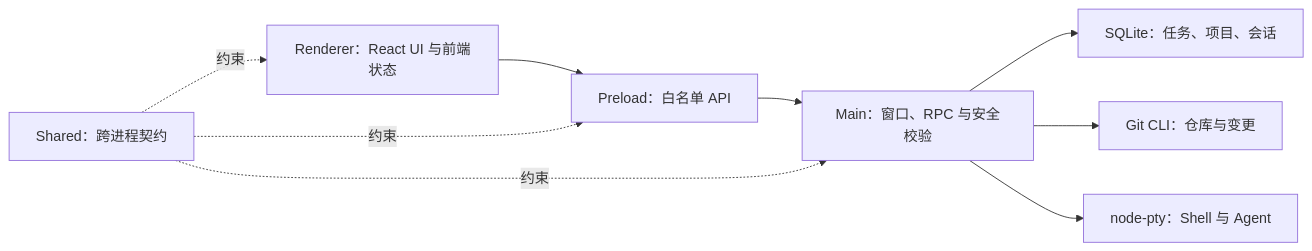
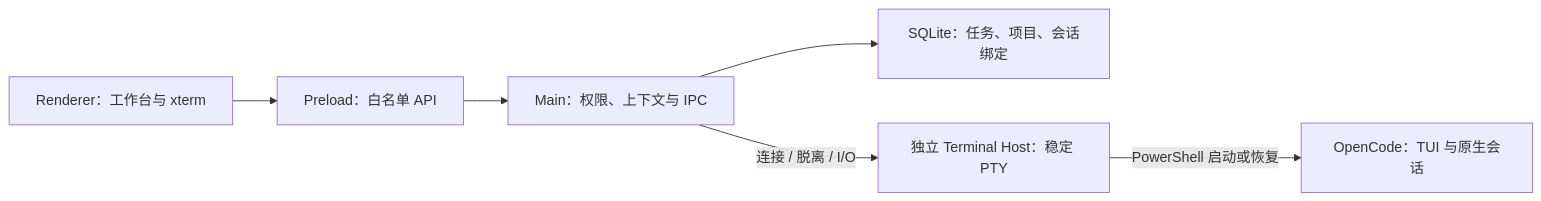
Before and after one commit to Tudou77826/DevStation: the diagram in docs/STATUS.md, drawn with Mermaid. The commit also changed other lines of this file and 42 other files, not shown here.

Commit message:
完成 M3 OpenCode 终端闭环与稳定性收口

````diff
--- a/docs/STATUS.md
+++ b/docs/STATUS.md
@@ -34,18 +34,14 @@
 ```mermaid
 flowchart LR
-    UI["Renderer：React UI 与前端状态"]
-    Bridge["Preload：白名单 API"]
-    Main["Main：窗口、RPC 与安全校验"]
-    DB["SQLite：任务、项目、会话"]
-    Git["Git CLI：仓库与变更"]
-    PTY["node-pty：Shell 与 Agent"]
-    Shared["Shared：跨进程契约"]
+    UI["Renderer：工作台与 xterm"]
+    Preload["Preload：白名单 API"]
+    Main["Main：权限、上下文与 IPC"]
+    DB["SQLite：任务、项目、会话绑定"]
+    Host["独立 Terminal Host：稳定 PTY"]
+    OC["OpenCode：TUI 与原生会话"]
 
-    UI --> Bridge --> Main
+    UI --> Preload --> Main
     Main --> DB
-    Main --> Git
-    Main --> PTY
-    Shared -.约束.-> UI
-    Shared -.约束.-> Bridge
-    Shared -.约束.-> Main
+    Main -->|连接 / 脱离 / I/O| Host
+    Host -->|PowerShell 启动或恢复| OC
 ```
````
